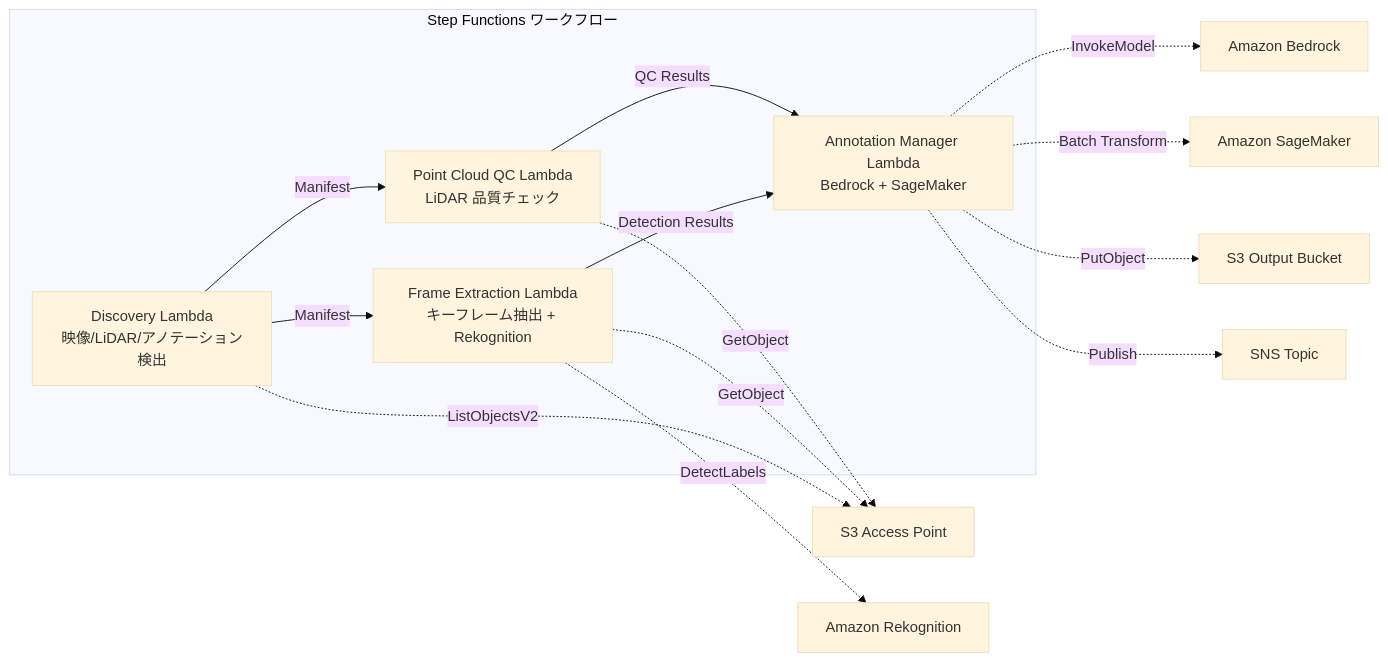
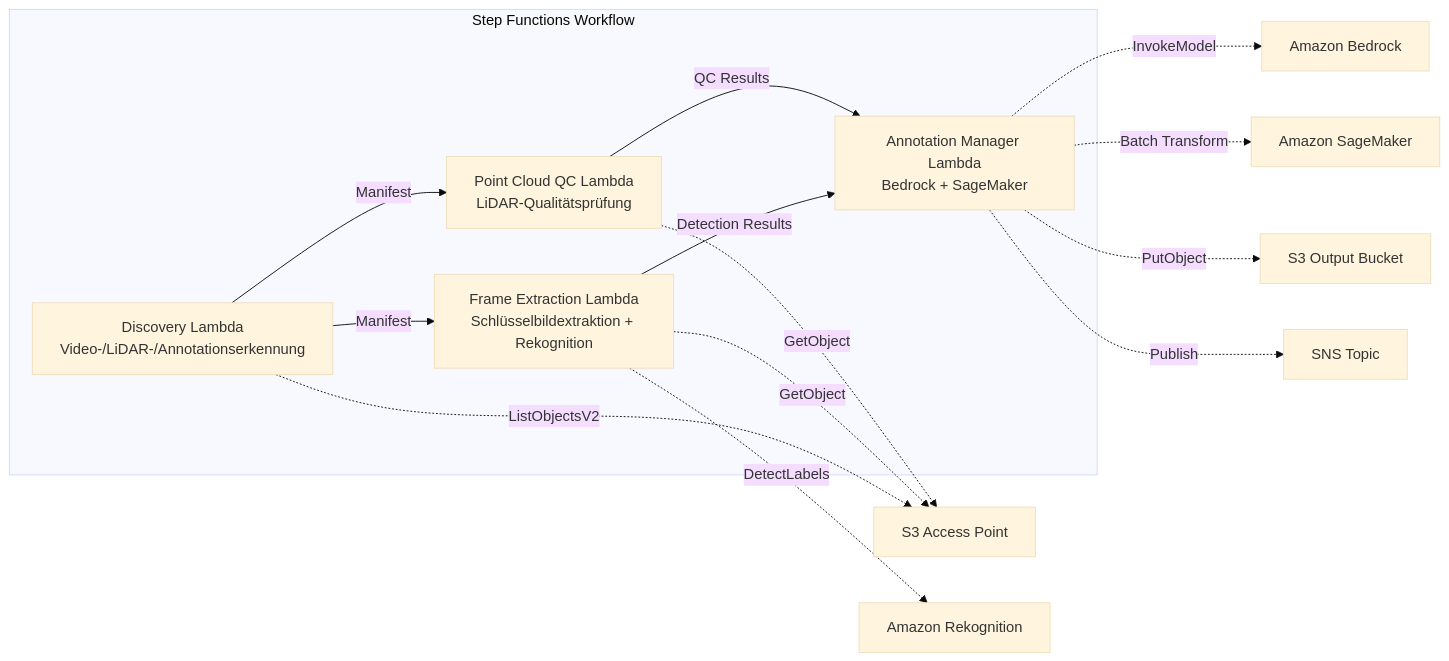
One commit to Yoshiki0705/FSx-for-ONTAP-S3AccessPoints-Serverless-Patterns changed the diagram in solutions/industry/autonomous-driving/README.de.md. Above: the diagram before and after it, drawn with Mermaid (base theme). The commit also changed other lines of this file and 20 other files, not shown here.

````diff
--- a/solutions/industry/autonomous-driving/README.de.md
+++ b/solutions/industry/autonomous-driving/README.de.md
@@ -27,23 +55,23 @@
 ```mermaid
 graph LR
-    subgraph "Step Functions ワークフロー"
-        D[Discovery Lambda<br/>映像/LiDAR/アノテーション検出]
-        FE[Frame Extraction Lambda<br/>キーフレーム抽出 + Rekognition]
-        PC[Point Cloud QC Lambda<br/>LiDAR 品質チェック]
+    subgraph "Step Functions Workflow"
+        D[Discovery Lambda<br/>Video-/LiDAR-/Annotationserkennung]
+        FE[Frame Extraction Lambda<br/>Schlüsselbildextraktion + Rekognition]
+        PC[Point Cloud QC Lambda<br/>LiDAR-Qualitätsprüfung]
         AM[Annotation Manager Lambda<br/>Bedrock + SageMaker]
     end
 
     D -->|Manifest| FE
     D -->|Manifest| PC
     FE -->|Detection Results| AM
     PC -->|QC Results| AM
 
     D -.->|ListObjectsV2| S3AP[S3 Access Point]
     FE -.->|GetObject| S3AP
     FE -.->|DetectLabels| Rekog[Amazon Rekognition]
     PC -.->|GetObject| S3AP
     AM -.->|InvokeModel| Bedrock[Amazon Bedrock]
     AM -.->|Batch Transform| SM[Amazon SageMaker]
     AM -.->|PutObject| S3OUT[S3 Output Bucket]
     AM -.->|Publish| SNS[SNS Topic]
 ```
````
